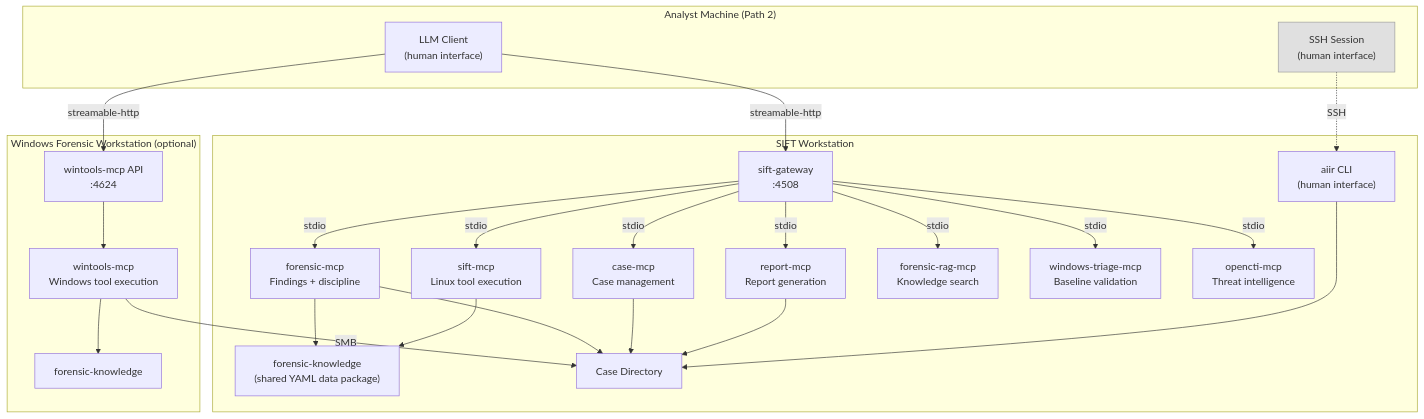
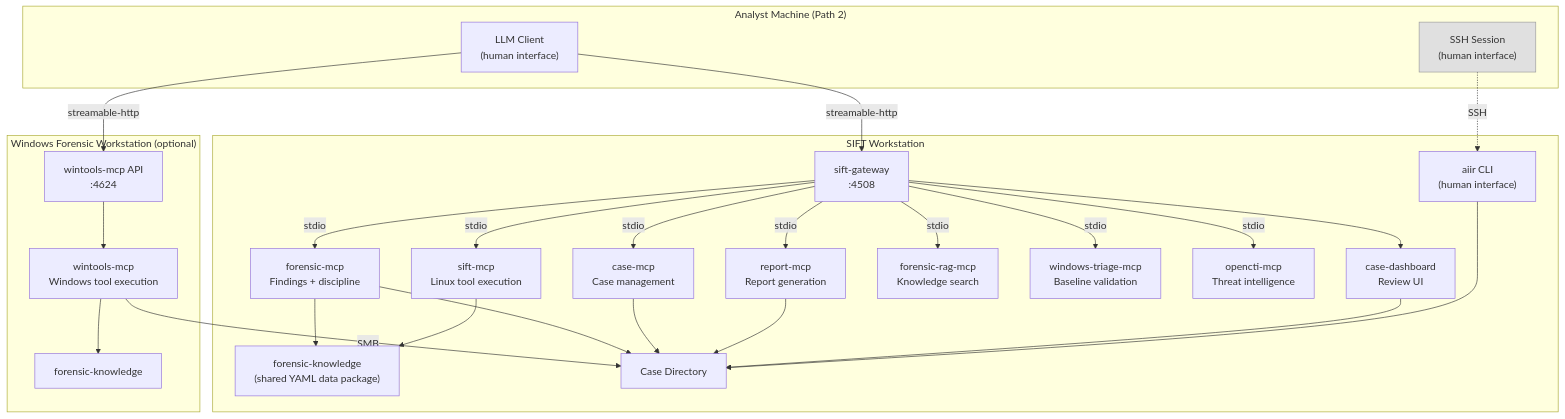
One commit to AppliedIR/aiir changed the third of 8 diagrams in README.md. Above: the diagram before and after it, drawn with Mermaid. The commit also changed other lines of this file and 1 other file, not shown here.

Commit message:
add dashboard documentation and screenshot to README

````diff
--- a/README.md
+++ b/README.md
@@ -115,49 +115,52 @@
 ```mermaid
 graph TB
     subgraph analyst ["Analyst Machine (Path 2)"]
         CC["LLM Client<br/>(human interface)"]
         SSH["SSH Session<br/>(human interface)"]
     end
 
     subgraph sift ["SIFT Workstation"]
         CLI["aiir CLI<br/>(human interface)"]
         GW["sift-gateway<br/>:4508"]
         FM["forensic-mcp<br/>Findings + discipline"]
         CM["case-mcp<br/>Case management"]
         RM["report-mcp<br/>Report generation"]
         SM["sift-mcp<br/>Linux tool execution"]
         FR["forensic-rag-mcp<br/>Knowledge search"]
         WTR["windows-triage-mcp<br/>Baseline validation"]
         OC["opencti-mcp<br/>Threat intelligence"]
+        CD["case-dashboard<br/>Review UI"]
         FK["forensic-knowledge<br/>(shared YAML data package)"]
         CASE["Case Directory"]
 
         GW -->|stdio| FM
         GW -->|stdio| CM
         GW -->|stdio| RM
         GW -->|stdio| SM
         GW -->|stdio| FR
         GW -->|stdio| WTR
         GW -->|stdio| OC
+        GW --> CD
         FM --> FK
         SM --> FK
         FM --> CASE
         CM --> CASE
         RM --> CASE
+        CD --> CASE
         CLI --> CASE
     end
 
     subgraph winbox ["Windows Forensic Workstation (optional)"]
         WAPI["wintools-mcp API<br/>:4624"]
         WM["wintools-mcp<br/>Windows tool execution"]
         FK2["forensic-knowledge"]
         WAPI --> WM
         WM --> FK2
     end
 
     CC -->|"streamable-http"| GW
     CC -->|"streamable-http"| WAPI
     SSH -.->|"SSH"| CLI
     WM -->|"SMB"| CASE
     style SSH fill:#e0e0e0,stroke:#999,color:#333
 ```
````
